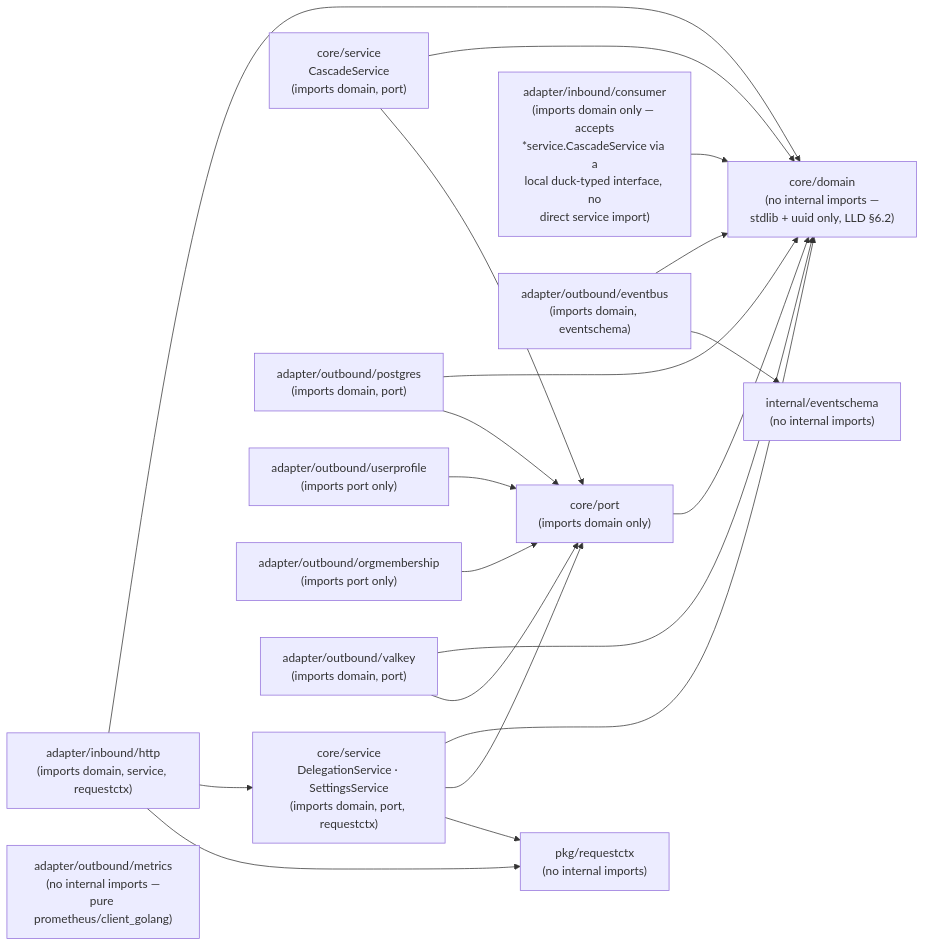
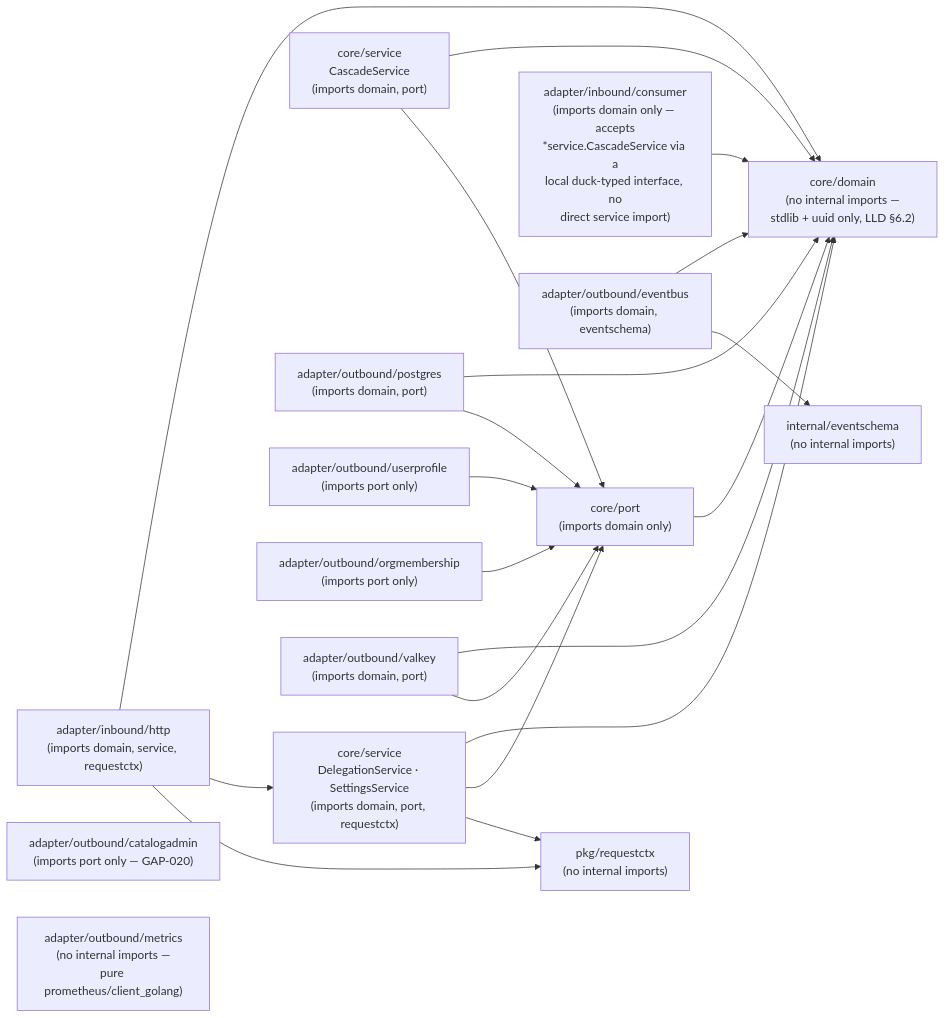
One commit to BCBP-SOLUTIONS-FZC-LLC/iam-delegation changed the second of 13 diagrams in ARCHITECTURE.md. Above: the diagram before and after it, drawn with Mermaid. The commit also changed other lines of this file and 73 other files, not shown here.

````diff
--- a/ARCHITECTURE.md
+++ b/ARCHITECTURE.md
@@ -206,38 +210,39 @@
 ```mermaid
 graph LR
     domain["core/domain\n(no internal imports —\nstdlib + uuid only, LLD §6.2)"]
     port["core/port\n(imports domain only)"]
     service["core/service\nDelegationService · SettingsService\n(imports domain, port, requestctx)"]
     cascadeservice["core/service\nCascadeService\n(imports domain, port)"]
     requestctx["pkg/requestctx\n(no internal imports)"]
     eventschema["internal/eventschema\n(no internal imports)"]
 
     http["adapter/inbound/http\n(imports domain, service, requestctx)"]
     consumer["adapter/inbound/consumer\n(imports domain only — accepts\n*service.CascadeService via a\nlocal duck-typed interface, no\ndirect service import)"]
 
     postgres["adapter/outbound/postgres\n(imports domain, port)"]
     userprofile["adapter/outbound/userprofile\n(imports port only)"]
     orgmembership["adapter/outbound/orgmembership\n(imports port only)"]
+    catalogadmin["adapter/outbound/catalogadmin\n(imports port only — GAP-020)"]
     eventbus["adapter/outbound/eventbus\n(imports domain, eventschema)"]
     valkey["adapter/outbound/valkey\n(imports domain, port)"]
     metrics["adapter/outbound/metrics\n(no internal imports —\npure prometheus/client_golang)"]
 
     port --> domain
     service --> domain
     service --> port
     service --> requestctx
     cascadeservice --> domain
     cascadeservice --> port
     http --> domain
     http --> service
     http --> requestctx
     consumer --> domain
     postgres --> domain
     postgres --> port
     userprofile --> port
     orgmembership --> port
     eventbus --> domain
     eventbus --> eventschema
     valkey --> domain
     valkey --> port
 ```
````
